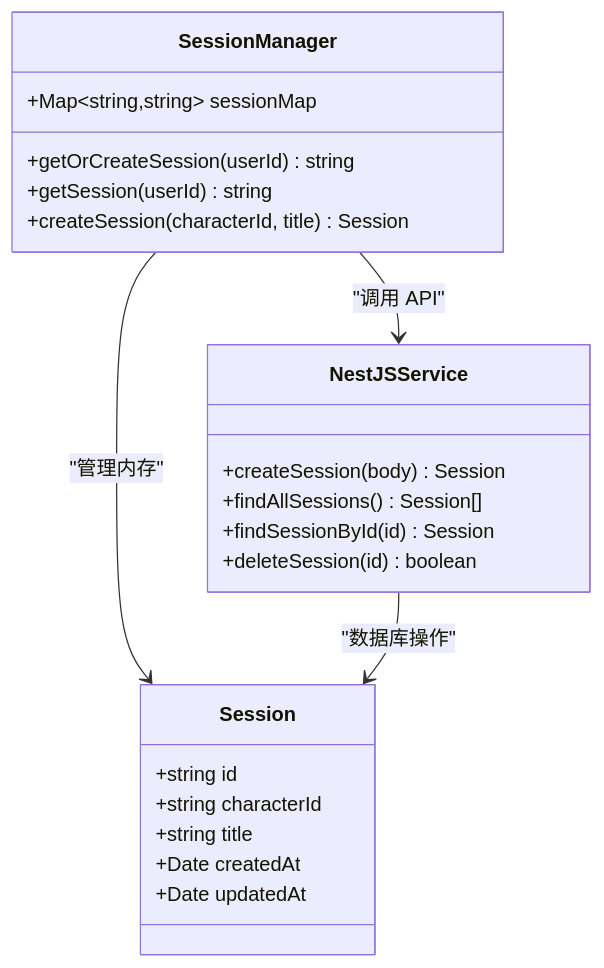
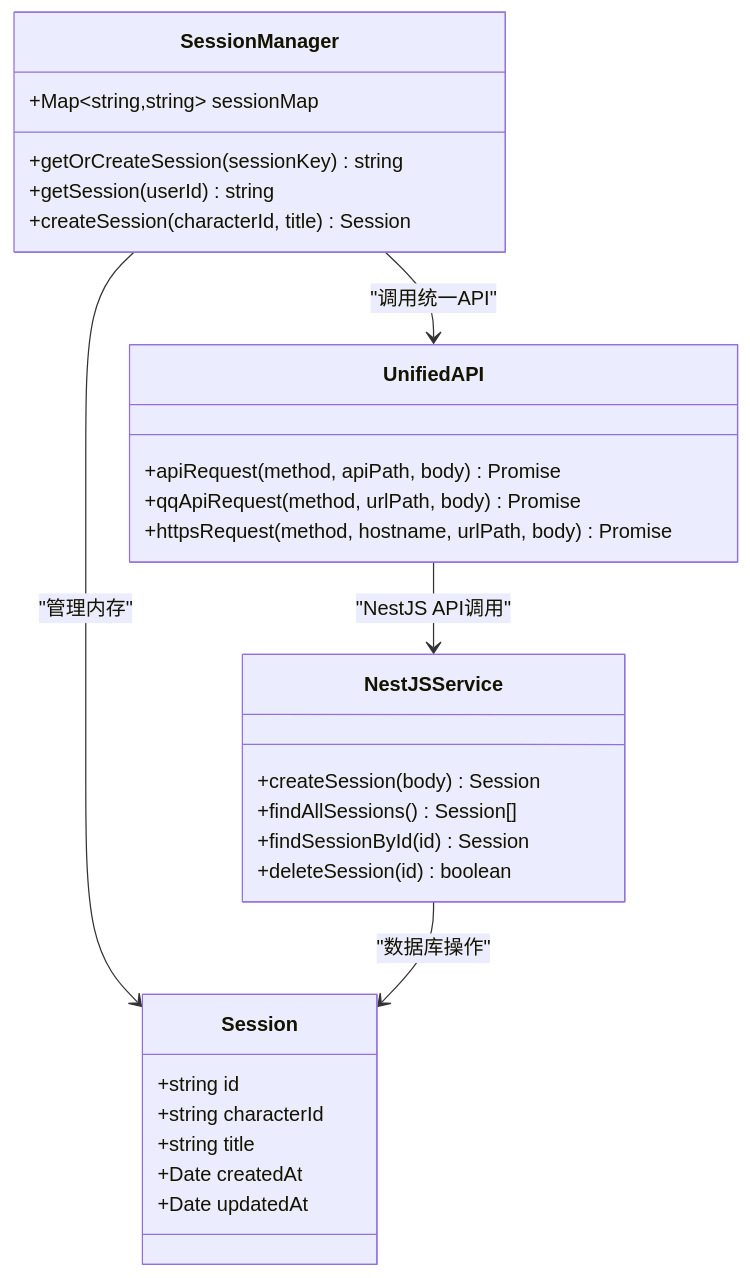
One commit to L1mingyoung/ex changed the seventh of 9 diagrams in .qoder/repowiki/zh/content/多平台适配器/QQ Bot 集成指南.md. Above: the diagram before and after it, drawn with Mermaid. The commit also changed other lines of this file and 13 other files, not shown here.

````diff
--- a/.qoder/repowiki/zh/content/多平台适配器/QQ Bot 集成指南.md
+++ b/.qoder/repowiki/zh/content/多平台适配器/QQ Bot 集成指南.md
@@ -255,25 +327,31 @@
 ```mermaid
 classDiagram
 class SessionManager {
 +Map~string,string~ sessionMap
-+getOrCreateSession(userId) string
++getOrCreateSession(sessionKey) string
 +getSession(userId) string
 +createSession(characterId, title) Session
 }
 class Session {
 +string id
 +string characterId
 +string title
 +Date createdAt
 +Date updatedAt
 }
+class UnifiedAPI {
++apiRequest(method, apiPath, body) Promise
++qqApiRequest(method, urlPath, body) Promise
++httpsRequest(method, hostname, urlPath, body) Promise
+}
 class NestJSService {
 +createSession(body) Session
 +findAllSessions() Session[]
 +findSessionById(id) Session
 +deleteSession(id) boolean
 }
-SessionManager --> NestJSService : "调用 API"
+SessionManager --> UnifiedAPI : "调用统一API"
 SessionManager --> Session : "管理内存"
+UnifiedAPI --> NestJSService : "NestJS API调用"
 NestJSService --> Session : "数据库操作"
 ```
````
